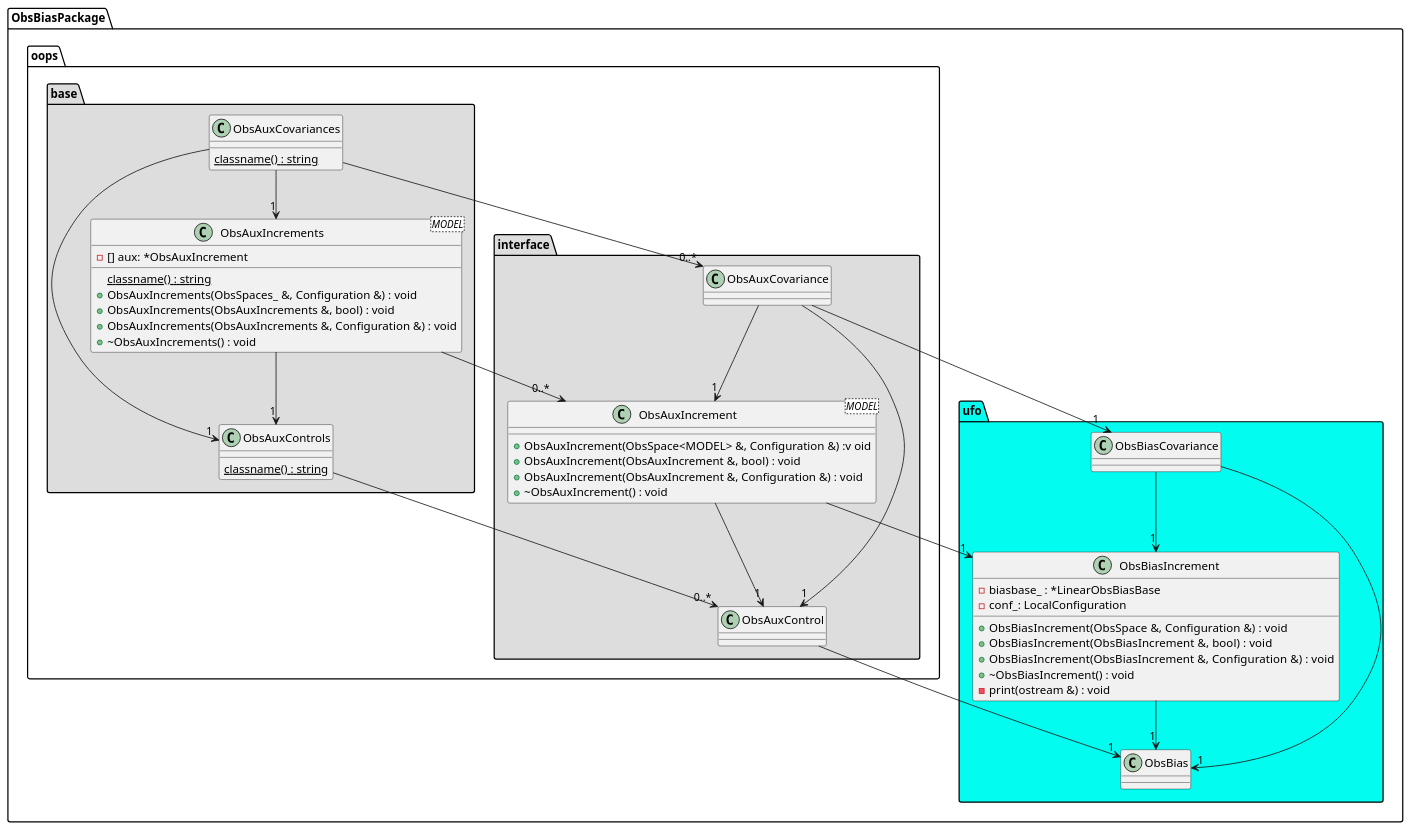
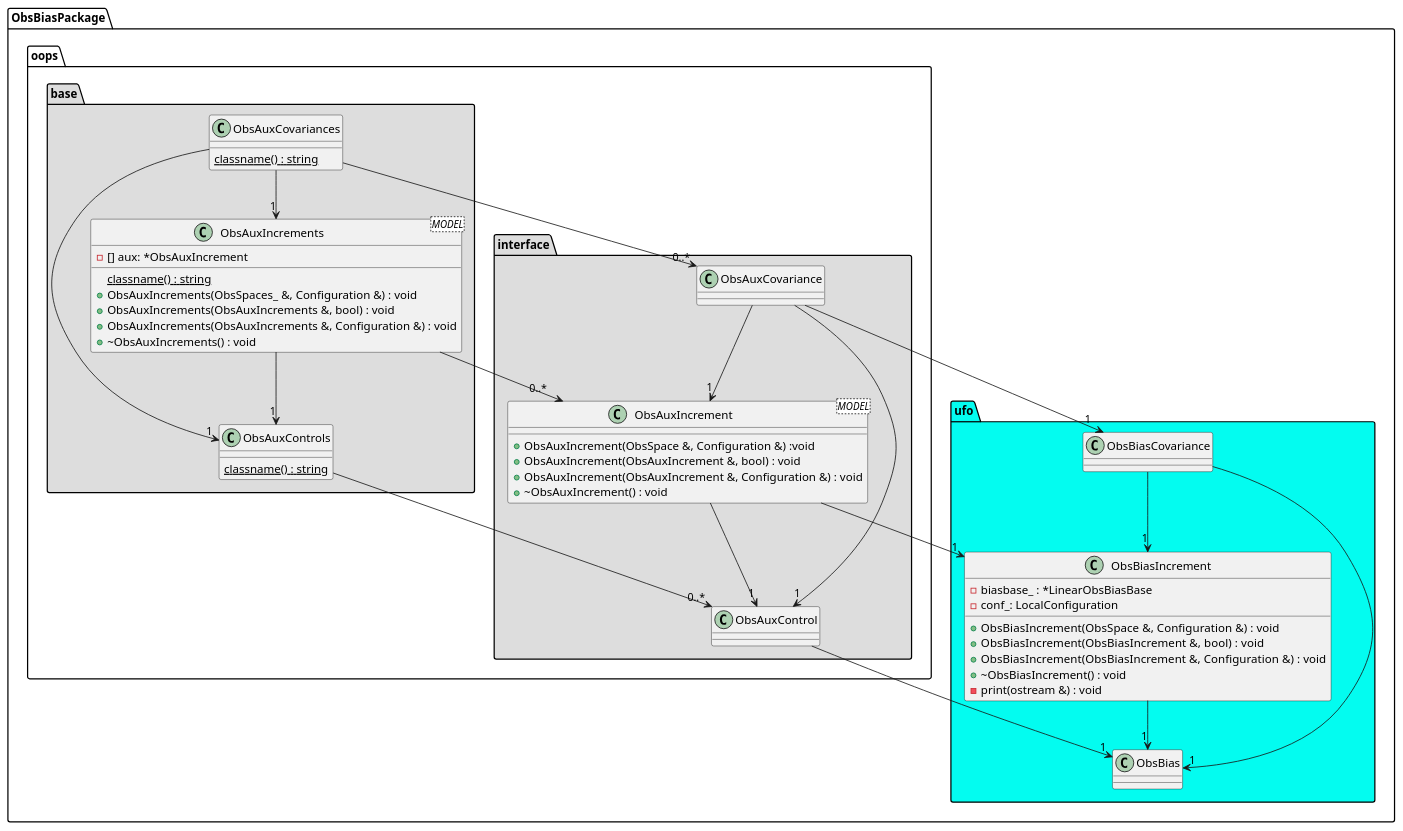
Before and after one commit to xinzhang8noaa/jedi-varbc-doc: the diagram in source/design/design.rst, drawn with PlantUML.

```diff
--- a/source/design/design.rst
+++ b/source/design/design.rst
@@ -38,7 +38,7 @@
           }
           
           class ObsAuxIncrement <MODEL> {
-            + ObsAuxIncrement(ObsSpace<MODEL> &, Configuration &) :v oid
+            + ObsAuxIncrement(ObsSpace &, Configuration &) :void
             + ObsAuxIncrement(ObsAuxIncrement &, bool) : void
             + ObsAuxIncrement(ObsAuxIncrement &, Configuration &) : void
             + ~ObsAuxIncrement() : void
```
